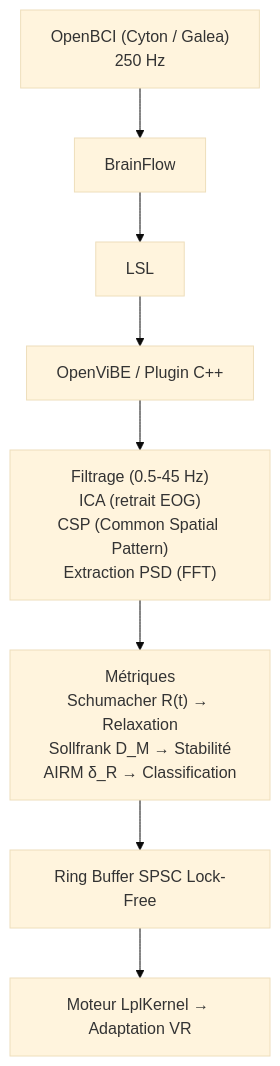
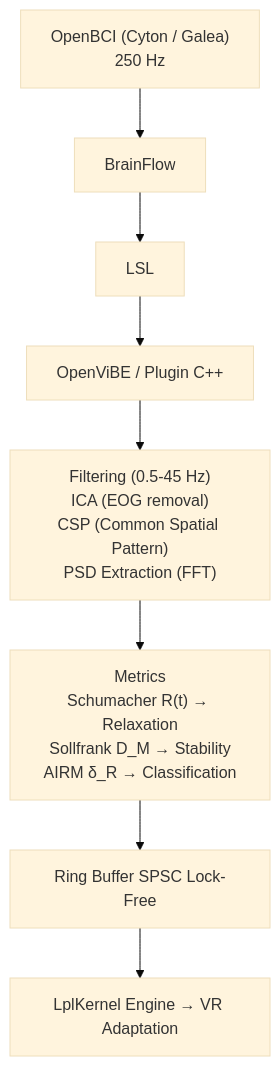
Before and after one commit to MasterLaplace/LplKernel: the fourth of 6 diagrams in docs/Books/LplKernel_Book.md, drawn with Mermaid (base theme). The commit also changed other lines of this file, not shown here.

Commit message:
docs: translate the technical content of LplKernel_Book mermaid into English and keep it up to date

````diff
--- a/docs/Books/LplKernel_Book.md
+++ b/docs/Books/LplKernel_Book.md
@@ -1795,8 +1795,8 @@
 ```mermaid
 graph TD
     A["OpenBCI (Cyton / Galea)<br/>250 Hz"] --> B[BrainFlow] --> C[LSL] --> D["OpenViBE / Plugin C++"]
-    D --> E["Filtrage (0.5-45 Hz)<br/>ICA (retrait EOG)<br/>CSP (Common Spatial Pattern)<br/>Extraction PSD (FFT)"]
-    E --> F["Métriques<br/>Schumacher R(t) → Relaxation<br/>Sollfrank D_M → Stabilité<br/>AIRM δ_R → Classification"]
+    D --> E["Filtering (0.5-45 Hz)<br/>ICA (EOG removal)<br/>CSP (Common Spatial Pattern)<br/>PSD Extraction (FFT)"]
+    E --> F["Metrics<br/>Schumacher R(t) → Relaxation<br/>Sollfrank D_M → Stability<br/>AIRM δ_R → Classification"]
     F --> G["Ring Buffer SPSC Lock-Free"]
-    G --> H["Moteur LplKernel → Adaptation VR"]
+    G --> H["LplKernel Engine → VR Adaptation"]
 ```
````
